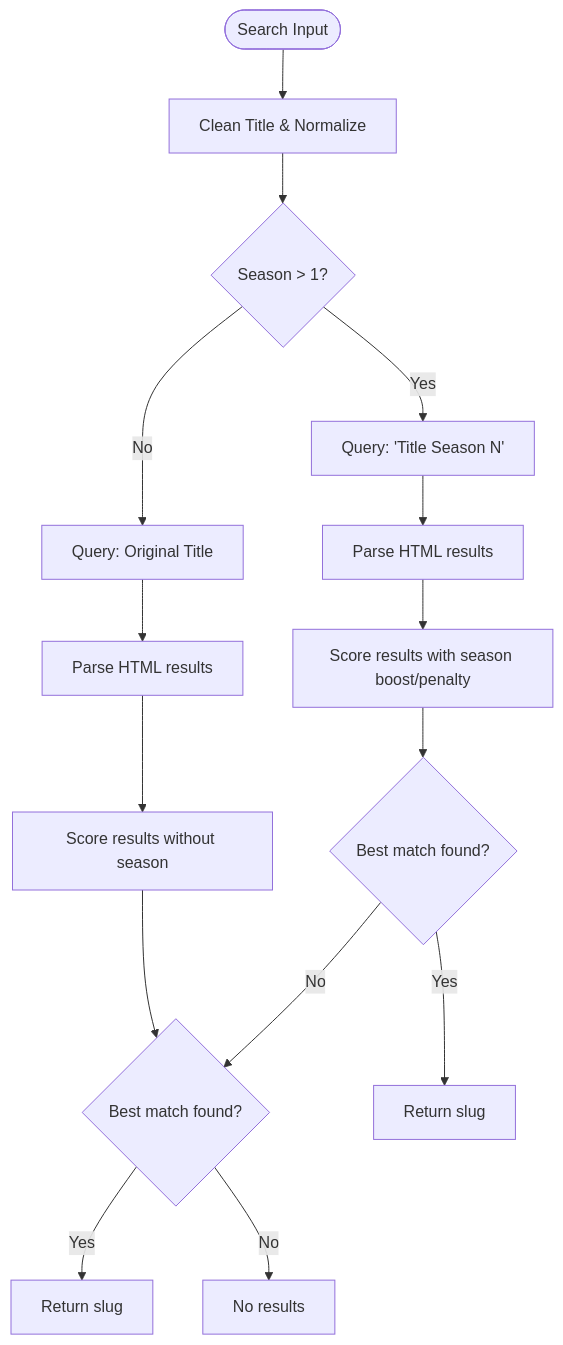
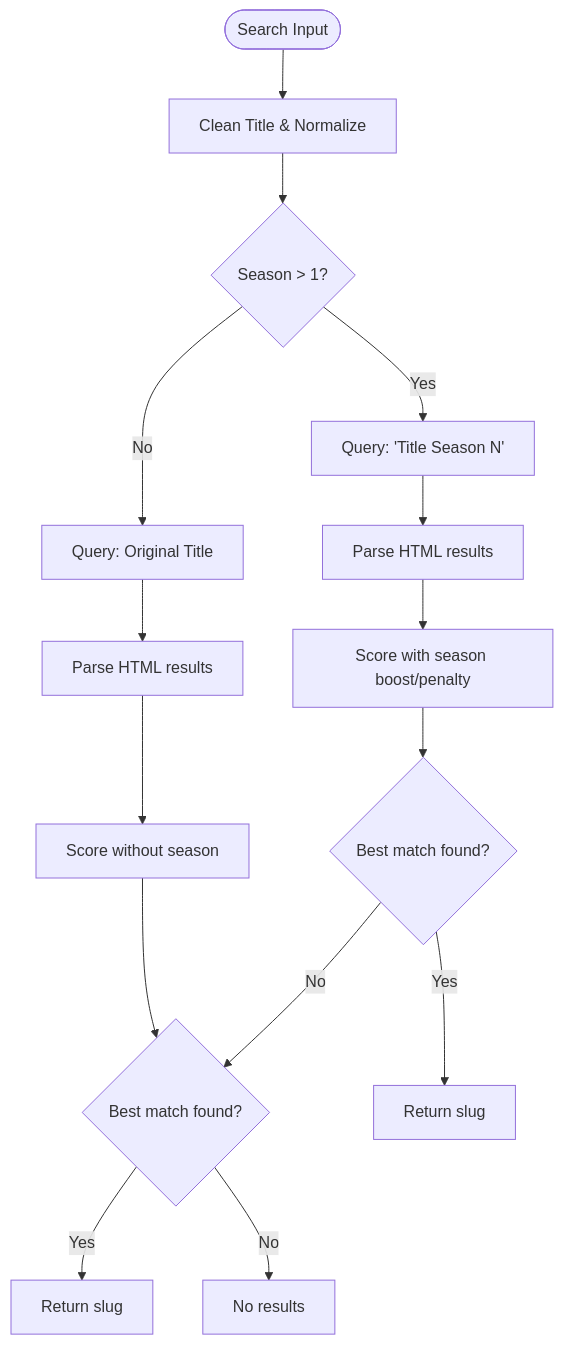
The fourth of 7 diagrams in .qoder/repowiki/en/content/Backend Services/Content Provider Integration/Content Provider Integration.md (techniciansupremus-lab/Project-Anime), drawn with Mermaid before and after one commit. The commit also changed other lines of this file and 101 other files, not shown here.

````diff
--- a/.qoder/repowiki/en/content/Backend Services/Content Provider Integration/Content Provider Integration.md
+++ b/.qoder/repowiki/en/content/Backend Services/Content Provider Integration/Content Provider Integration.md
@@ -163,17 +191,17 @@
 ```mermaid
 flowchart TD
 SStart(["Search Input"]) --> Clean["Clean Title & Normalize"]
 Clean --> Query1{"Season > 1?"}
 Query1 --> |Yes| Q1["Query: 'Title Season N'"]
 Query1 --> |No| Q2["Query: Original Title"]
 Q1 --> Results1["Parse HTML results"]
 Q2 --> Results2["Parse HTML results"]
-Results1 --> Score1["Score results with season boost/penalty"]
-Results2 --> Score2["Score results without season"]
+Results1 --> Score1["Score with season boost/penalty"]
+Results2 --> Score2["Score without season"]
 Score1 --> Pick1{"Best match found?"}
 Score2 --> Pick2{"Best match found?"}
 Pick1 --> |Yes| Slug1["Return slug"]
 Pick1 --> |No| Pick2
 Pick2 --> |Yes| Slug2["Return slug"]
 Pick2 --> |No| None["No results"]
 ```
````
